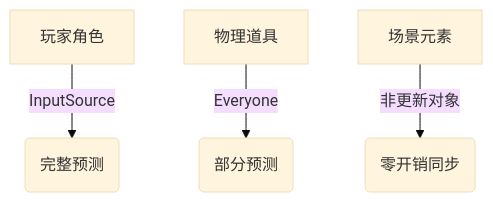
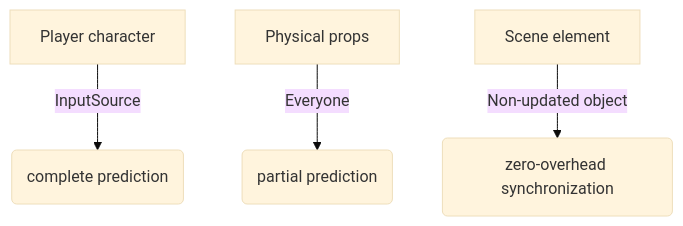
One commit to Canglangzi/NetickDocumentation changed the sixth of 6 diagrams in NetworkNodes/English/Netick/notion/Prediction.md. Above: the diagram before and after it, drawn with Mermaid (base theme). The commit also changed other lines of this file, not shown here.

````diff
--- a/NetworkNodes/English/Netick/notion/Prediction.md
+++ b/NetworkNodes/English/Netick/notion/Prediction.md
@@ -79,6 +75,6 @@
-```mermaid 
+```mermaid
 graph TD
-A[玩家角色] -- InputSource --> B(完整预测)
-C[物理道具] -- Everyone --> D(部分预测)
-E[场景元素] -- 非更新对象 --> F(零开销同步)
+A[Player character] -- InputSource --> B(complete prediction)
+C[Physical props] -- Everyone --> D(partial prediction)
+E[Scene element] -- Non-updated object --> F(zero-overhead synchronization)
 ```
````
